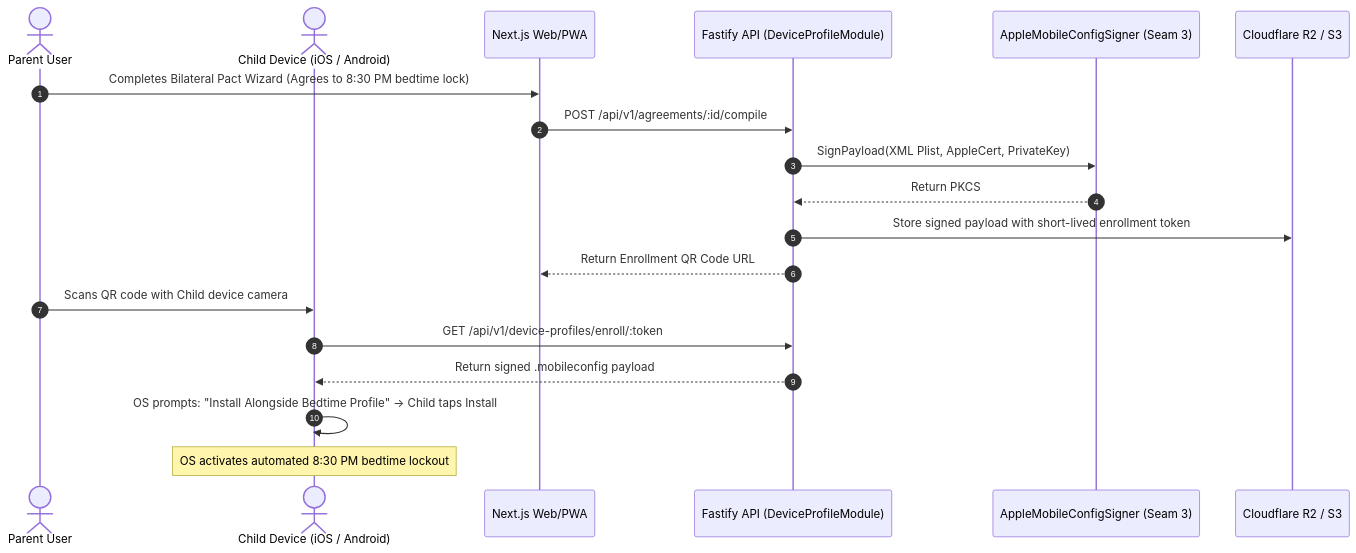
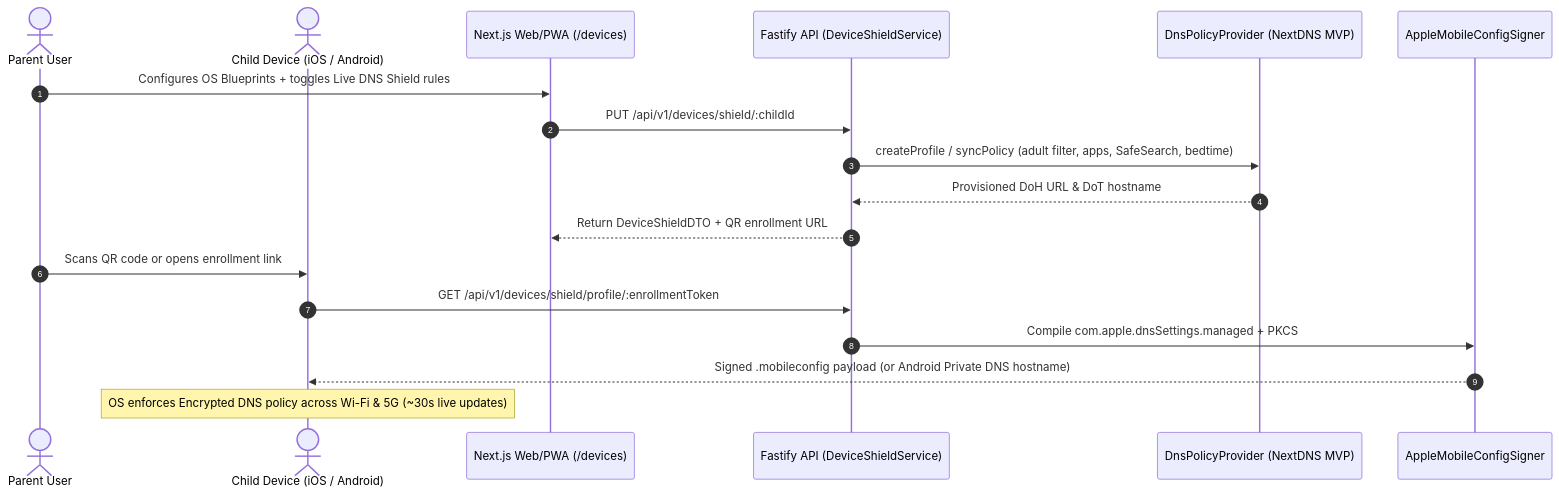
One commit to Souheil007/AlongSide changed the fourth of 4 diagrams in docs/system-architecture.md. Above: the diagram before and after it, drawn with Mermaid. The commit also changed other lines of this file and 9 other files, not shown here.

````diff
--- a/docs/system-architecture.md
+++ b/docs/system-architecture.md
@@ -365,23 +334,22 @@
 ```mermaid
 sequenceDiagram
     autonumber
     actor Parent as Parent User
     actor Child as Child Device (iOS / Android)
-    participant Web as Next.js Web/PWA
-    participant API as Fastify API (DeviceProfileModule)
-    participant Signer as AppleMobileConfigSigner (Seam 3)
-    participant Storage as Cloudflare R2 / S3
+    participant Web as Next.js Web/PWA (/devices)
+    participant API as Fastify API (DeviceShieldService)
+    participant DNS as DnsPolicyProvider (NextDNS MVP)
+    participant Signer as AppleMobileConfigSigner
 
-    Parent->>Web: Completes Bilateral Pact Wizard (Agrees to 8:30 PM bedtime lock)
-    Web->>API: POST /api/v1/agreements/:id/compile
-    API->>Signer: SignPayload(XML Plist, AppleCert, PrivateKey)
-    Signer-->>API: Return PKCS#7 Signed .mobileconfig binary
-    API->>Storage: Store signed payload with short-lived enrollment token
-    API-->>Web: Return Enrollment QR Code URL
-    
-    Parent->>Child: Scans QR code with Child device camera
-    Child->>API: GET /api/v1/device-profiles/enroll/:token
-    API-->>Child: Return signed .mobileconfig payload
-    Child->>Child: OS prompts: "Install Alongside Bedtime Profile" -> Child taps Install
-    Note over Child: OS activates automated 8:30 PM bedtime lockout
+    Parent->>Web: Configures OS Blueprints + toggles Live DNS Shield rules
+    Web->>API: PUT /api/v1/devices/shield/:childId
+    API->>DNS: createProfile / syncPolicy (adult filter, apps, SafeSearch, bedtime)
+    DNS-->>API: Provisioned DoH URL & DoT hostname
+    API-->>Web: Return DeviceShieldDTO + QR enrollment URL
+
+    Parent->>Child: Scans QR code or opens enrollment link
+    Child->>API: GET /api/v1/devices/shield/profile/:enrollmentToken
+    API->>Signer: Compile com.apple.dnsSettings.managed + PKCS#7 Sign
+    Signer-->>Child: Signed .mobileconfig payload (or Android Private DNS hostname)
+    Note over Child: OS enforces Encrypted DNS policy across Wi-Fi & 5G (~30s live updates)
 ```
````
